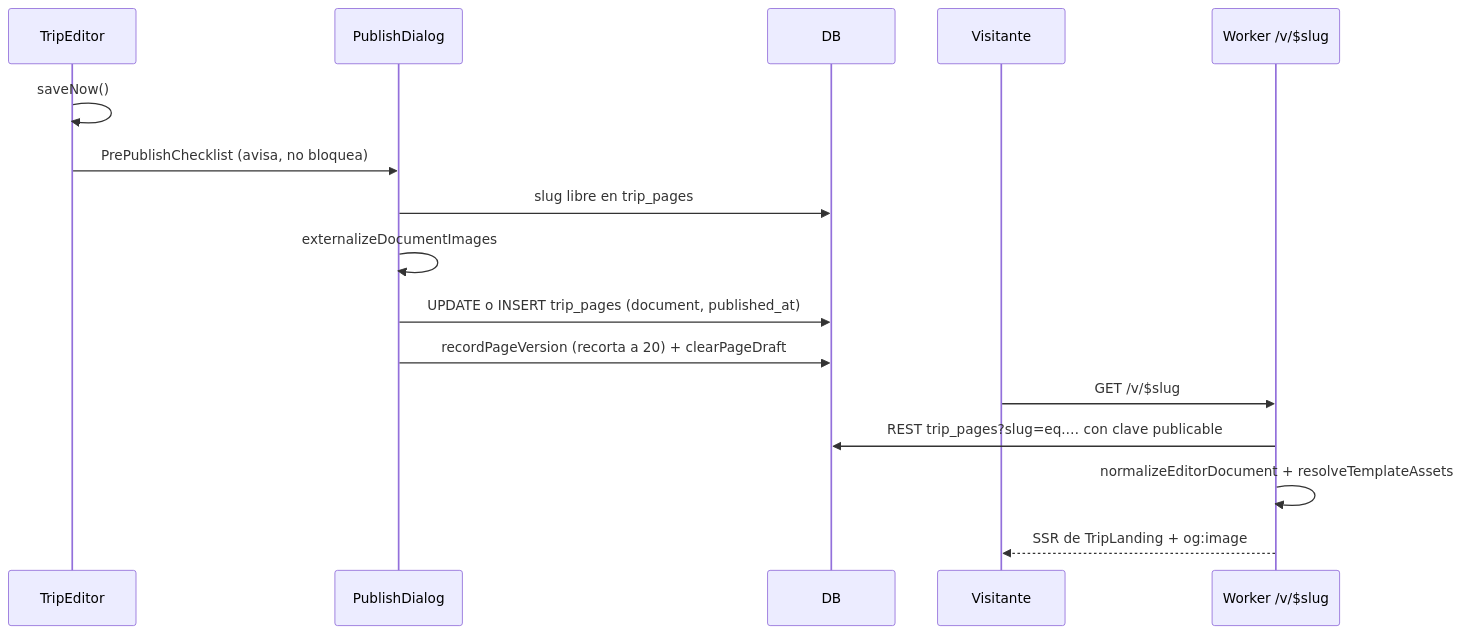
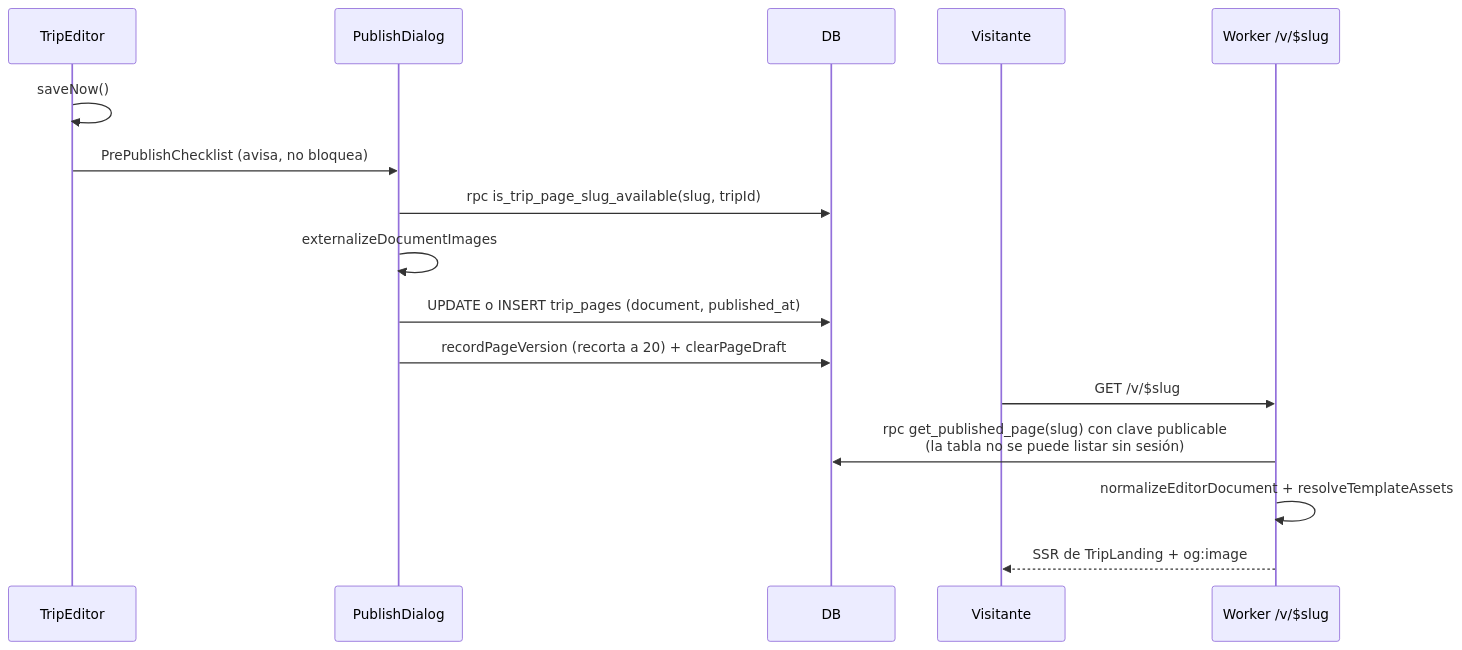
One commit to gaby26203/planeii changed diagram 16 of 20 in docs/flujos.md. Above: the diagram before and after it, drawn with Mermaid. The commit also changed other lines of this file and 10 other files, not shown here.

````diff
--- a/docs/flujos.md
+++ b/docs/flujos.md
@@ -399,18 +399,18 @@
 ```mermaid
 sequenceDiagram
   participant E as TripEditor
   participant PD as PublishDialog
   participant DB
   participant V as Visitante
   participant W as Worker /v/$slug
   E->>E: saveNow()
   E->>PD: PrePublishChecklist (avisa, no bloquea)
-  PD->>DB: slug libre en trip_pages
+  PD->>DB: rpc is_trip_page_slug_available(slug, tripId)
   PD->>PD: externalizeDocumentImages
   PD->>DB: UPDATE o INSERT trip_pages (document, published_at)
   PD->>DB: recordPageVersion (recorta a 20) + clearPageDraft
   V->>W: GET /v/$slug
-  W->>DB: REST trip_pages?slug=eq.… con clave publicable
+  W->>DB: rpc get_published_page(slug) con clave publicable<br/>(la tabla no se puede listar sin sesión)
   W->>W: normalizeEditorDocument + resolveTemplateAssets
   W-->>V: SSR de TripLanding + og:image
 ```
````
